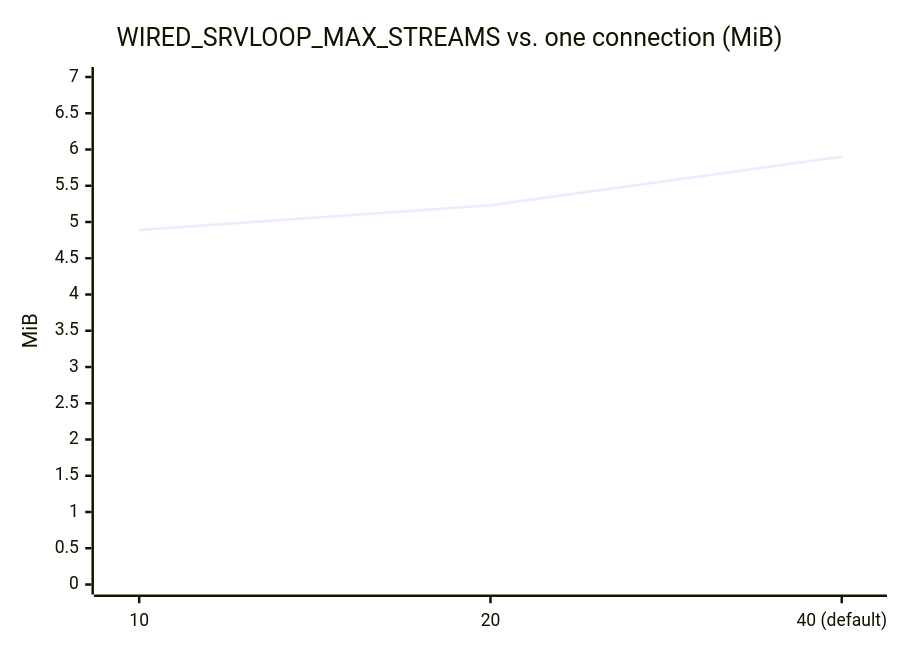
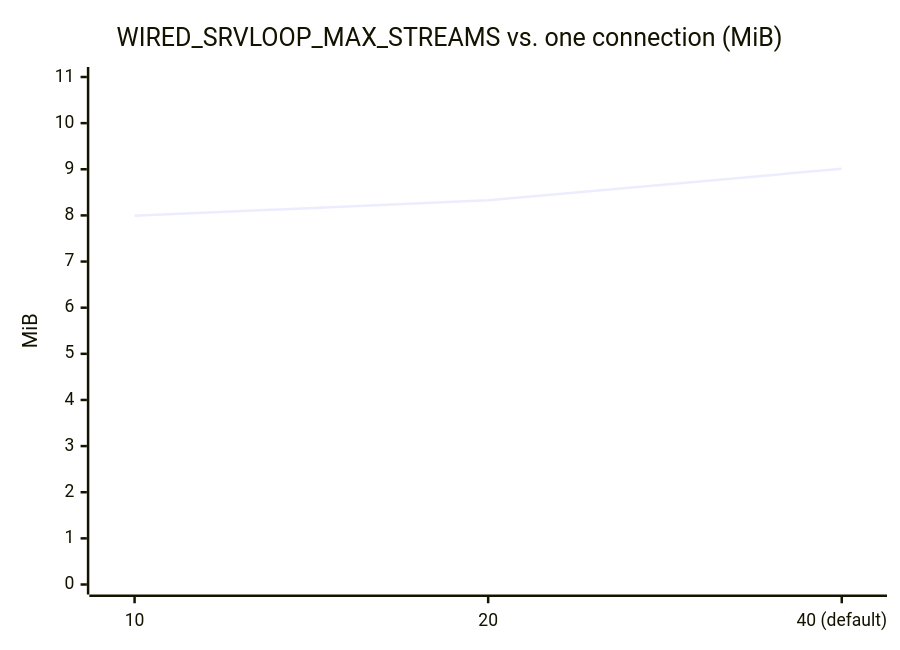
Before and after one commit to Hakkadaikon/wired: the fifth of 9 diagrams in docs/architecture/memory.md, drawn with Mermaid. The commit also changed other lines of this file and 4 other files, not shown here.

````diff
--- a/docs/architecture/memory.md
+++ b/docs/architecture/memory.md
@@ -114,7 +114,7 @@
 ```mermaid
 xychart-beta
     title "WIRED_SRVLOOP_MAX_STREAMS vs. one connection (MiB)"
     x-axis ["10", "20", "40 (default)"]
-    y-axis "MiB" 0 --> 7
-    line [4.89, 5.23, 5.90]
+    y-axis "MiB" 0 --> 11
+    line [7.99, 8.33, 9.01]
 ```
````
